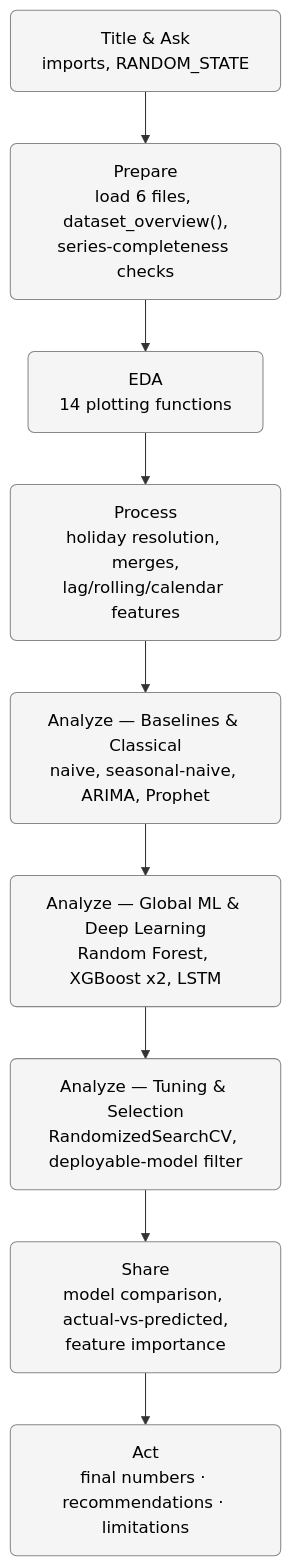
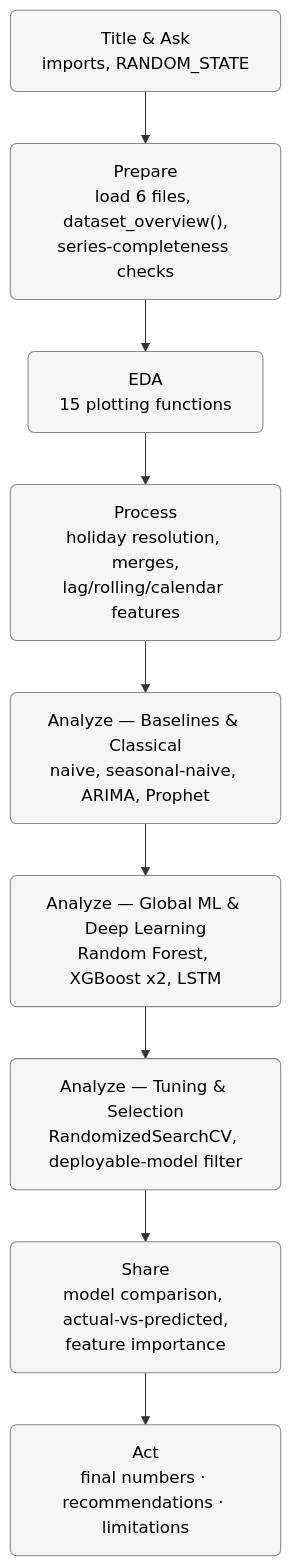
One commit to Sudharshan205-Proj/retail-demand-forecasting changed the fifth of 6 diagrams in retail_demand_forecasting_report.md. Above: the diagram before and after it, drawn with Mermaid. The commit also changed other lines of this file and 12 other files, not shown here.

````diff
--- a/retail_demand_forecasting_report.md
+++ b/retail_demand_forecasting_report.md
@@ -826,14 +870,14 @@
 ```mermaid
 flowchart TD
     N0["Title & Ask<br/>imports, RANDOM_STATE"] --> N1["Prepare<br/>load 6 files, dataset_overview(),<br/>series-completeness checks"]
-    N1 --> N2["EDA<br/>14 plotting functions"]
+    N1 --> N2["EDA<br/>15 plotting functions"]
     N2 --> N3["Process<br/>holiday resolution, merges,<br/>lag/rolling/calendar features"]
     N3 --> N4["Analyze — Baselines & Classical<br/>naive, seasonal-naive, ARIMA, Prophet"]
     N4 --> N5["Analyze — Global ML & Deep Learning<br/>Random Forest, XGBoost x2, LSTM"]
     N5 --> N6["Analyze — Tuning & Selection<br/>RandomizedSearchCV, deployable-model filter"]
     N6 --> N7["Share<br/>model comparison, actual-vs-predicted,<br/>feature importance"]
     N7 --> N8["Act<br/>final numbers · recommendations · limitations"]
 
     classDef sec fill:#f5f5f5,stroke:#888,stroke-width:1px,rx:6,ry:6, color:#000000
     class N0,N1,N2,N3,N4,N5,N6,N7,N8 sec
 ```
````
